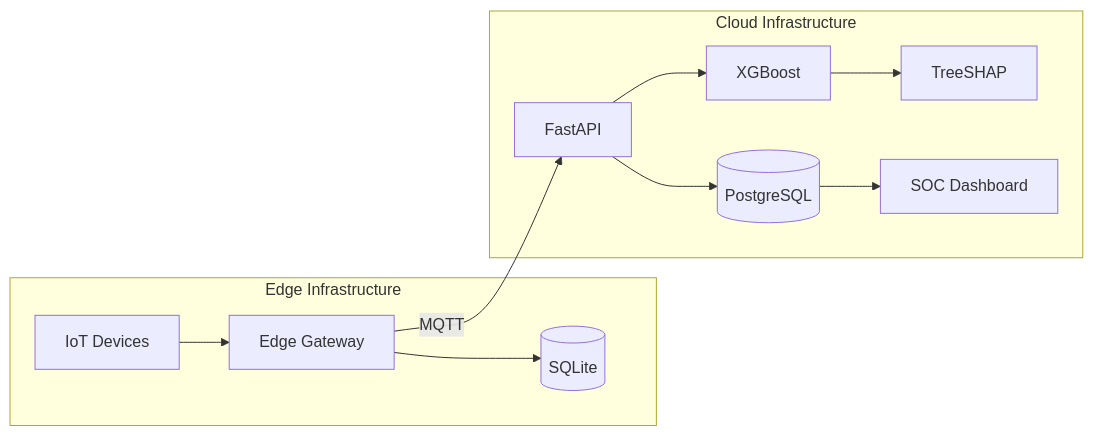
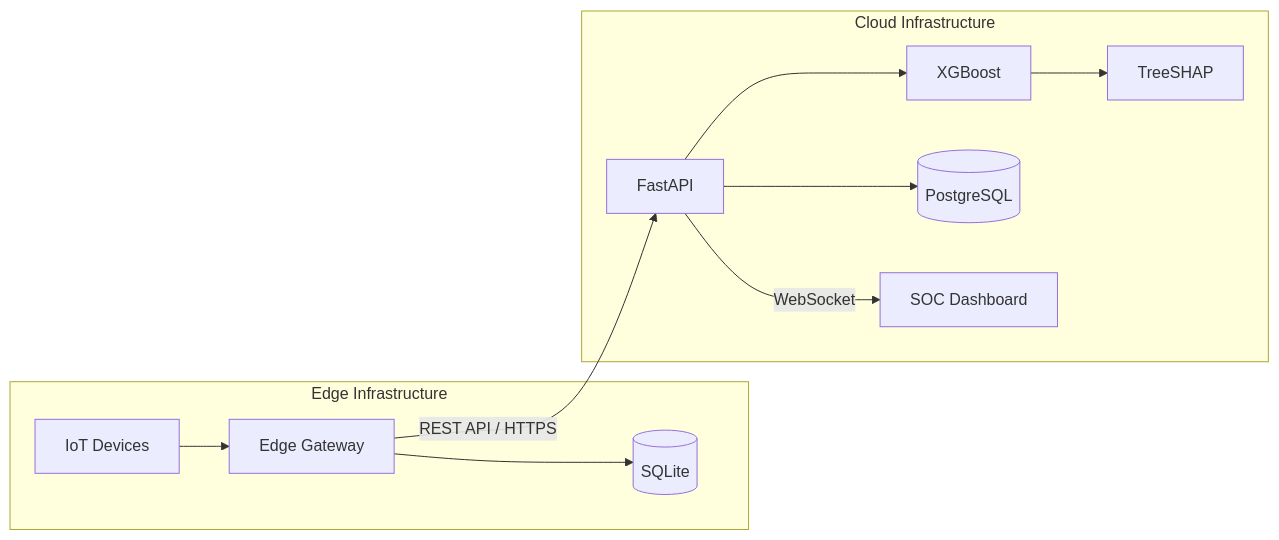
The fifth of 6 diagrams in README.md (AtharvaVavhal/aecids), drawn with Mermaid before and after one commit. The commit also changed other lines of this file, not shown here.

````diff
--- a/README.md
+++ b/README.md
@@ -302,14 +307,14 @@
 ```mermaid
 graph LR
     subgraph Edge Infrastructure
         IoT[IoT Devices] --> GW[Edge Gateway]
         GW --> DB1[(SQLite)]
     end
     subgraph Cloud Infrastructure
         API[FastAPI] --> ML[XGBoost]
         ML --> SHAP[TreeSHAP]
         API --> DB2[(PostgreSQL)]
-        DB2 --> SOC[SOC Dashboard]
+        API -->|WebSocket| SOC[SOC Dashboard]
     end
-    GW -->|MQTT| API
+    GW -->|"REST API / HTTPS"| API
 ```
````
